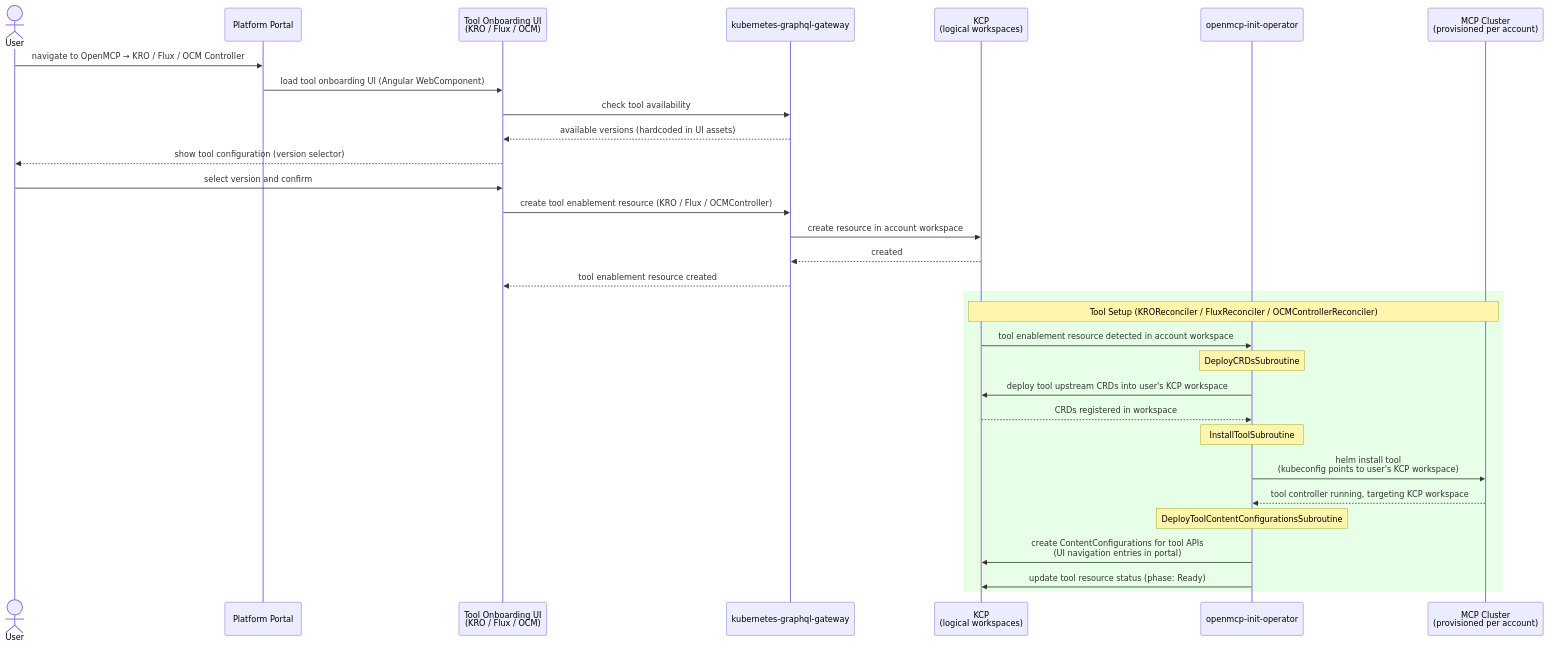
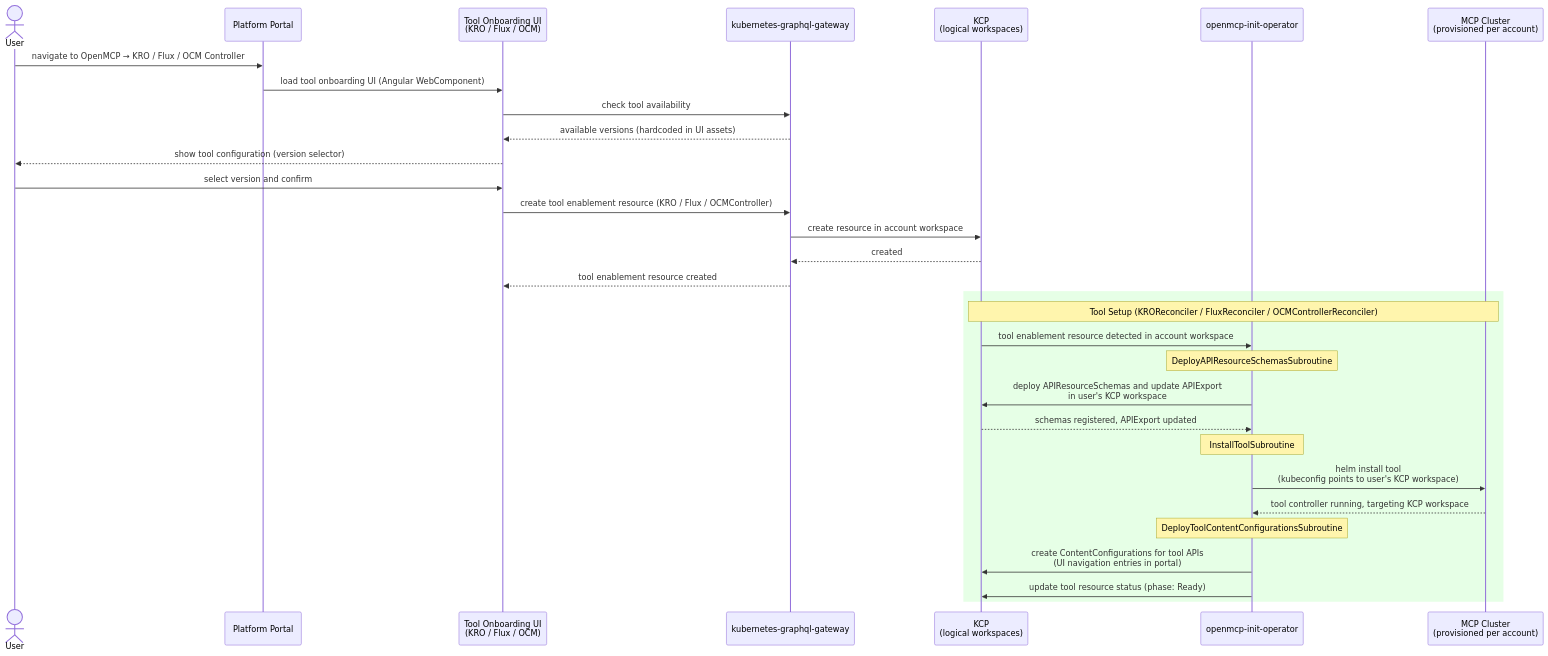
Before and after one commit to openmcp-project/local-event-showcase: the fourth of 4 diagrams in README.md, drawn with Mermaid. The commit also changed other lines of this file, not shown here.

Commit message:
fix: correct DeployCRDs → DeployAPIResourceSchemas in diagram and notes
On-behalf-of: @SAP <bastian.echterhoelter@sap.com>

````diff
--- a/README.md
+++ b/README.md
@@ -297,40 +297,40 @@
 ```mermaid
 sequenceDiagram
     actor User as User
     participant Portal as Platform Portal
     participant UI as Tool Onboarding UI<br/>(KRO / Flux / OCM)
     participant GQL as kubernetes-graphql-gateway
     participant KCP as KCP<br/>(logical workspaces)
     participant Operator as openmcp-init-operator
     participant MCP as MCP Cluster<br/>(provisioned per account)
 
     User->>Portal: navigate to OpenMCP → KRO / Flux / OCM Controller
     Portal->>UI: load tool onboarding UI (Angular WebComponent)
     UI->>GQL: check tool availability
     GQL-->>UI: available versions (hardcoded in UI assets)
 
     UI-->>User: show tool configuration (version selector)
     User->>UI: select version and confirm
     UI->>GQL: create tool enablement resource (KRO / Flux / OCMController)
     GQL->>KCP: create resource in account workspace
     KCP-->>GQL: created
     GQL-->>UI: tool enablement resource created
 
     rect rgb(230, 255, 230)
         Note over KCP,MCP: Tool Setup (KROReconciler / FluxReconciler / OCMControllerReconciler)
 
         KCP->>Operator: tool enablement resource detected in account workspace
 
-        Note over Operator: DeployCRDsSubroutine
-        Operator->>KCP: deploy tool upstream CRDs into user's KCP workspace
-        KCP-->>Operator: CRDs registered in workspace
+        Note over Operator: DeployAPIResourceSchemasSubroutine
+        Operator->>KCP: deploy APIResourceSchemas and update APIExport<br/>in user's KCP workspace
+        KCP-->>Operator: schemas registered, APIExport updated
 
         Note over Operator: InstallToolSubroutine
         Operator->>MCP: helm install tool<br/>(kubeconfig points to user's KCP workspace)
         MCP-->>Operator: tool controller running, targeting KCP workspace
 
         Note over Operator: DeployToolContentConfigurationsSubroutine
         Operator->>KCP: create ContentConfigurations for tool APIs<br/>(UI navigation entries in portal)
         Operator->>KCP: update tool resource status (phase: Ready)
     end
 ```
````
